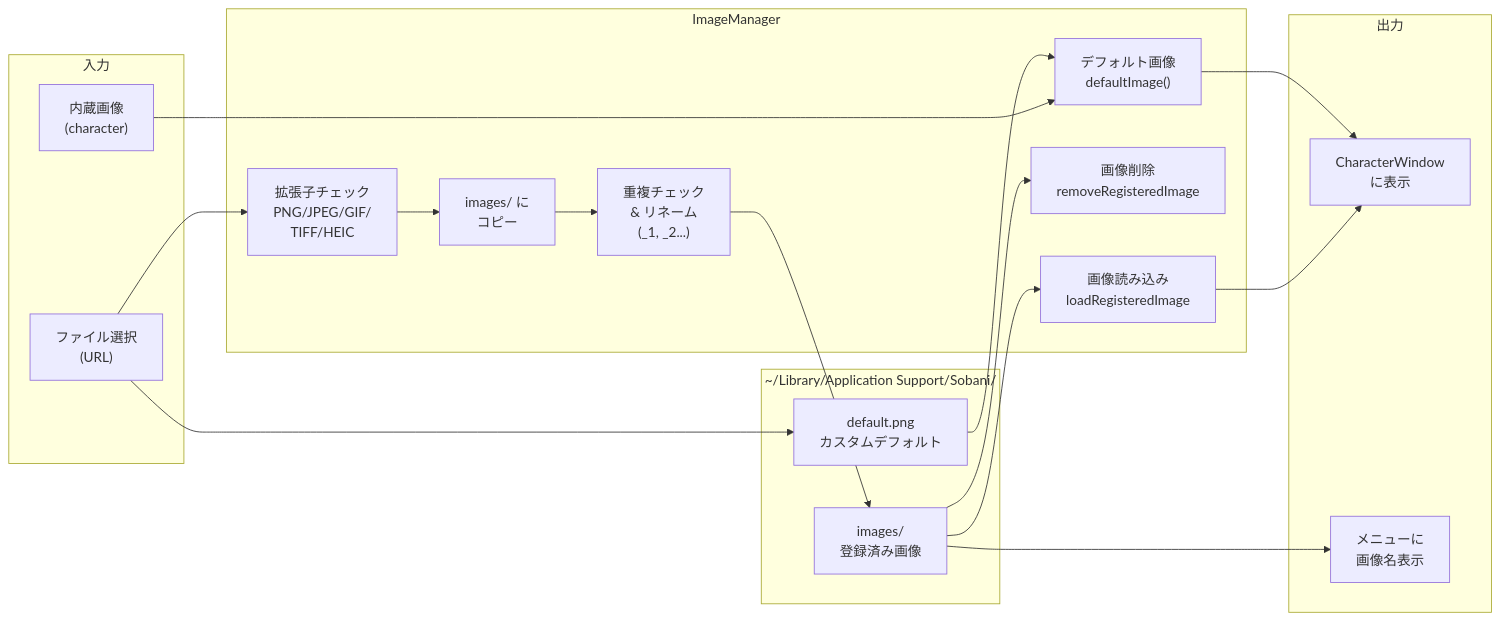
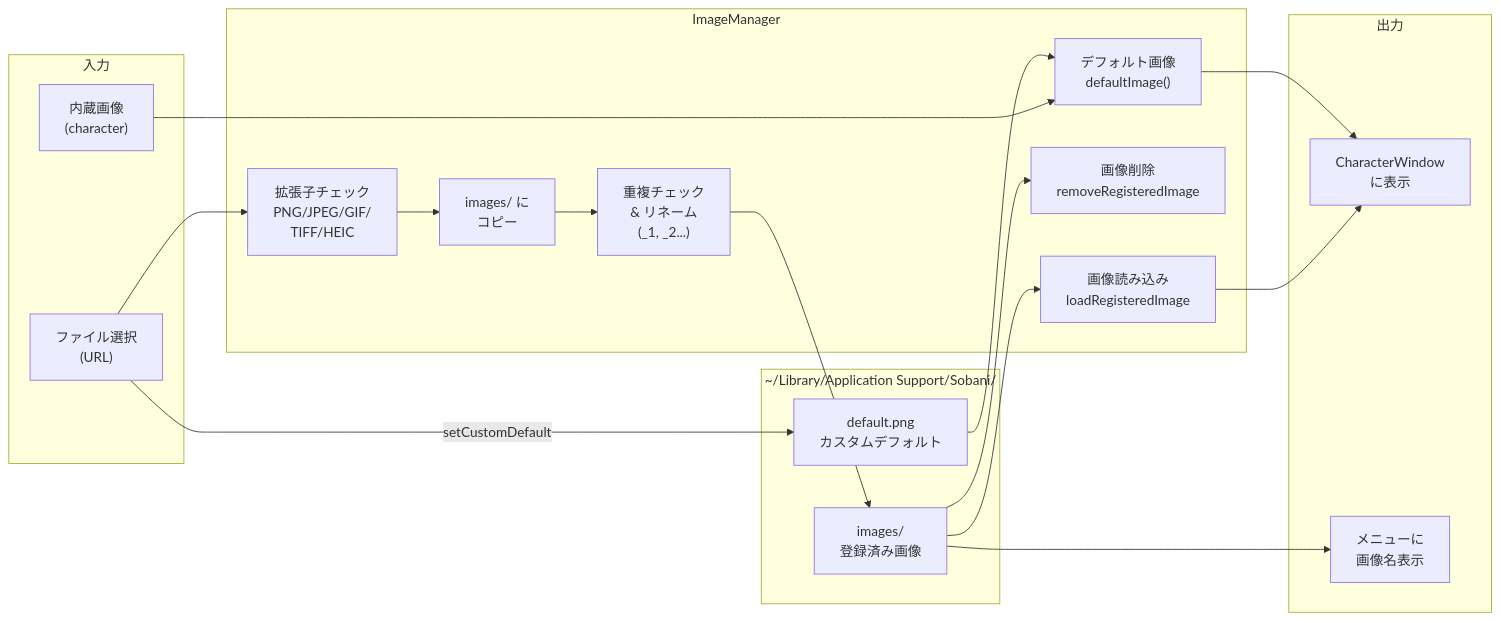
One commit to shiroemons/sobani changed the second of 2 diagrams in docs/guide/data-flow.md. Above: the diagram before and after it, drawn with Mermaid. The commit also changed other lines of this file and 3 other files, not shown here.

````diff
--- a/docs/guide/data-flow.md
+++ b/docs/guide/data-flow.md
@@ -98,34 +103,34 @@
 ```mermaid
 flowchart LR
     subgraph 入力
         URL["ファイル選択\n(URL)"]
         BI["内蔵画像\n(character)"]
     end
 
     subgraph ImageManager
         EC["拡張子チェック\nPNG/JPEG/GIF/\nTIFF/HEIC"]
         CP["images/ に\nコピー"]
         RN["重複チェック\n& リネーム\n(_1, _2...)"]
         LD["画像読み込み\nloadRegisteredImage"]
         DEL["画像削除\nremoveRegisteredImage"]
         DF["デフォルト画像\ndefaultImage()"]
     end
 
     subgraph 保存先["~/Library/Application Support/Sobani/"]
         IMG["images/\n登録済み画像"]
         DFLT["default.png\nカスタムデフォルト"]
     end
 
     subgraph 出力
         WIN["CharacterWindow\nに表示"]
         MENU["メニューに\n画像名表示"]
     end
 
     URL --> EC --> CP --> RN --> IMG
     IMG --> LD --> WIN
     IMG --> MENU
     IMG --> DEL
     BI --> DF --> WIN
     DFLT --> DF
-    URL --> DFLT
+    URL -->|setCustomDefault| DFLT
 ```
````
